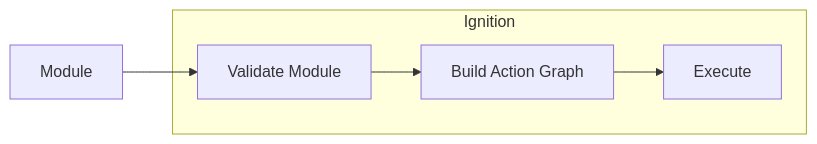
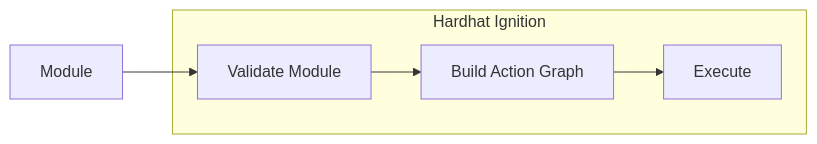
One commit to commit-smithxnj78/edr changed the diagram in docs/src/content/hardhat-ignition/docs/explanation.md. Above: the diagram before and after it, drawn with Mermaid. The commit also changed other lines of this file, not shown here.

First line of the commit message:
docs(ignition): update explanation

````diff
--- a/docs/src/content/hardhat-ignition/docs/explanation.md
+++ b/docs/src/content/hardhat-ignition/docs/explanation.md
@@ -59,12 +57,12 @@
 ```mermaid
 flowchart LR
   0[Module]
-  subgraph Ignition
+  subgraph Hardhat Ignition
     1[Validate Module]
     2[Build Action Graph]
     3[Execute]
   end
   0 --> 1
   1 --> 2
   2 --> 3
 ```
````
